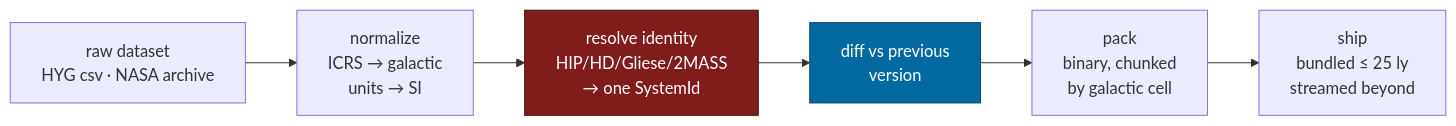
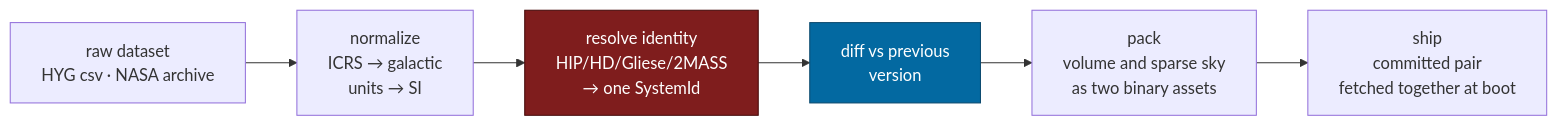
One commit to jonjaques/inertialref changed the second of 2 diagrams in docs/design/galaxy.md. Above: the diagram before and after it, drawn with Mermaid. The commit also changed other lines of this file and 53 other files, not shown here.

````diff
--- a/docs/design/galaxy.md
+++ b/docs/design/galaxy.md
@@ -472,11 +475,11 @@
 ```mermaid
 flowchart LR
     RAW["raw dataset<br/>HYG csv · NASA archive"] --> NORM["normalize<br/>ICRS → galactic<br/>units → SI"]
     NORM --> RES["resolve identity<br/>HIP/HD/Gliese/2MASS<br/>→ one SystemId"]
     RES --> DIFF["diff vs previous<br/>version"]
-    DIFF --> PACK["pack<br/>binary, chunked<br/>by galactic cell"]
-    PACK --> SHIP["ship<br/>bundled ≤ 25 ly<br/>streamed beyond"]
+    DIFF --> PACK["pack<br/>volume and sparse sky<br/>as two binary assets"]
+    PACK --> SHIP["ship<br/>committed pair<br/>fetched together at boot"]
 
     style RES fill:#7f1d1d,stroke:#450a0a,color:#fff
     style DIFF fill:#0369a1,stroke:#0c4a6e,color:#fff
 ```
````
